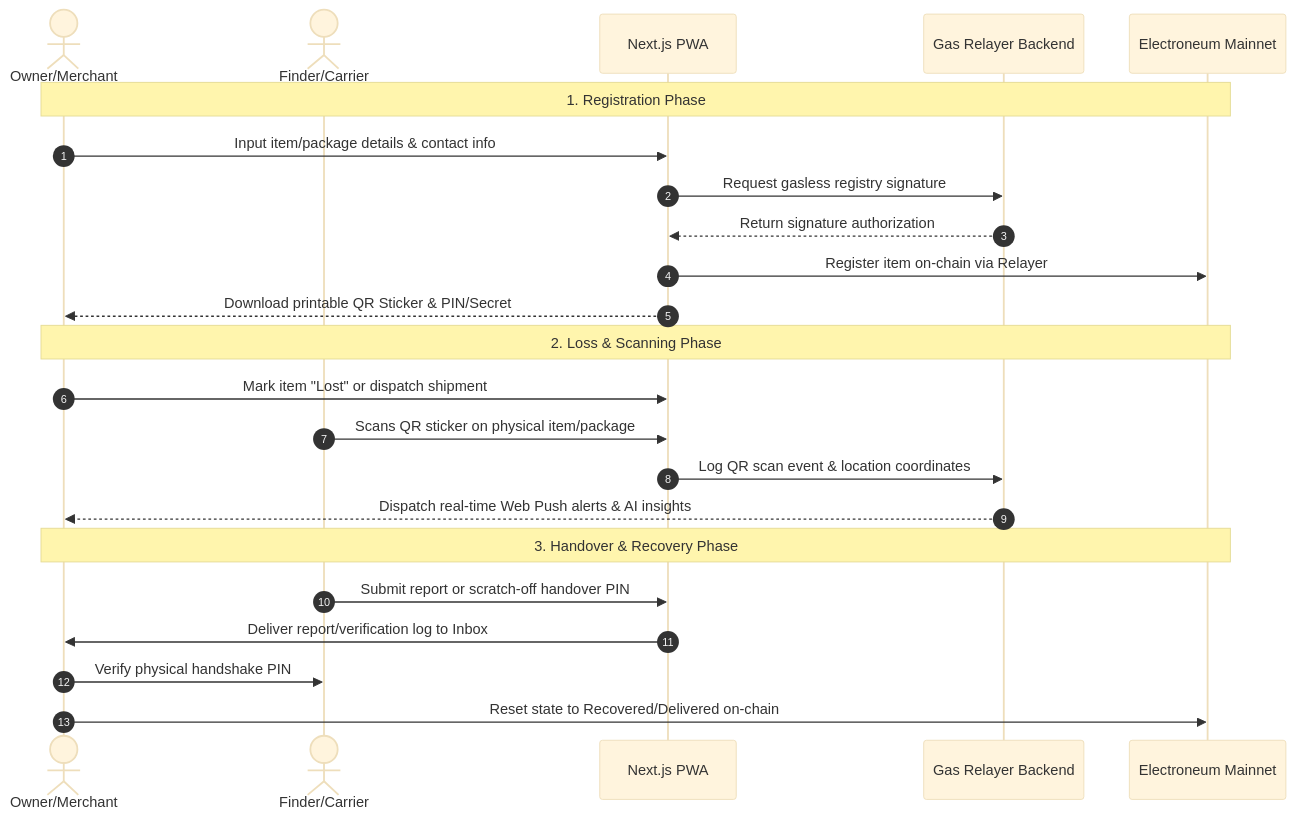
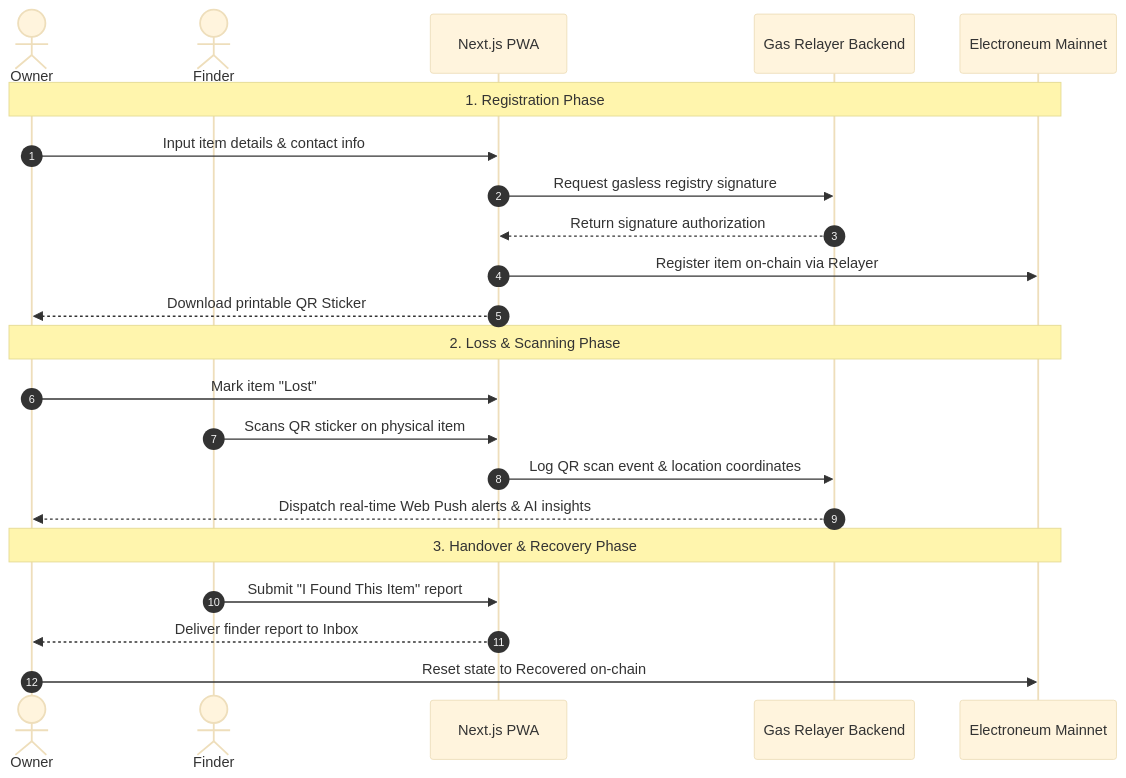
One commit to DevBigEazi/Recover changed the first of 2 diagrams in README.md. Above: the diagram before and after it, drawn with Mermaid (base theme). The commit also changed other lines of this file and 1 other file, not shown here.

````diff
--- a/README.md
+++ b/README.md
@@ -12,28 +17,27 @@
 ```mermaid
 sequenceDiagram
     autonumber
-    actor Owner/Merchant
-    actor Finder/Carrier
+    actor Owner
+    actor Finder
     participant App as Next.js PWA
     participant Relayer as Gas Relayer Backend
     participant Chain as Electroneum Mainnet
 
-    Note over Owner/Merchant, Chain: 1. Registration Phase
-    Owner/Merchant->>App: Input item/package details & contact info
+    Note over Owner, Chain: 1. Registration Phase
+    Owner->>App: Input item details & contact info
     App->>Relayer: Request gasless registry signature
     Relayer-->>App: Return signature authorization
     App->>Chain: Register item on-chain via Relayer
-    App-->>Owner/Merchant: Download printable QR Sticker & PIN/Secret
+    App-->>Owner: Download printable QR Sticker
 
-    Note over Owner/Merchant, Chain: 2. Loss & Scanning Phase
-    Owner/Merchant->>App: Mark item "Lost" or dispatch shipment
-    Finder/Carrier->>App: Scans QR sticker on physical item/package
+    Note over Owner, Chain: 2. Loss & Scanning Phase
+    Owner->>App: Mark item "Lost"
+    Finder->>App: Scans QR sticker on physical item
     App->>Relayer: Log QR scan event & location coordinates
-    Relayer-->>Owner/Merchant: Dispatch real-time Web Push alerts & AI insights
+    Relayer-->>Owner: Dispatch real-time Web Push alerts & AI insights
 
-    Note over Owner/Merchant, Chain: 3. Handover & Recovery Phase
-    Finder/Carrier->>App: Submit report or scratch-off handover PIN
-    App->>Owner/Merchant: Deliver report/verification log to Inbox
-    Owner/Merchant->>Finder/Carrier: Verify physical handshake PIN
-    Owner/Merchant->>Chain: Reset state to Recovered/Delivered on-chain
+    Note over Owner, Chain: 3. Handover & Recovery Phase
+    Finder->>App: Submit "I Found This Item" report
+    App-->>Owner: Deliver finder report to Inbox
+    Owner->>Chain: Reset state to Recovered on-chain
 ```
````
